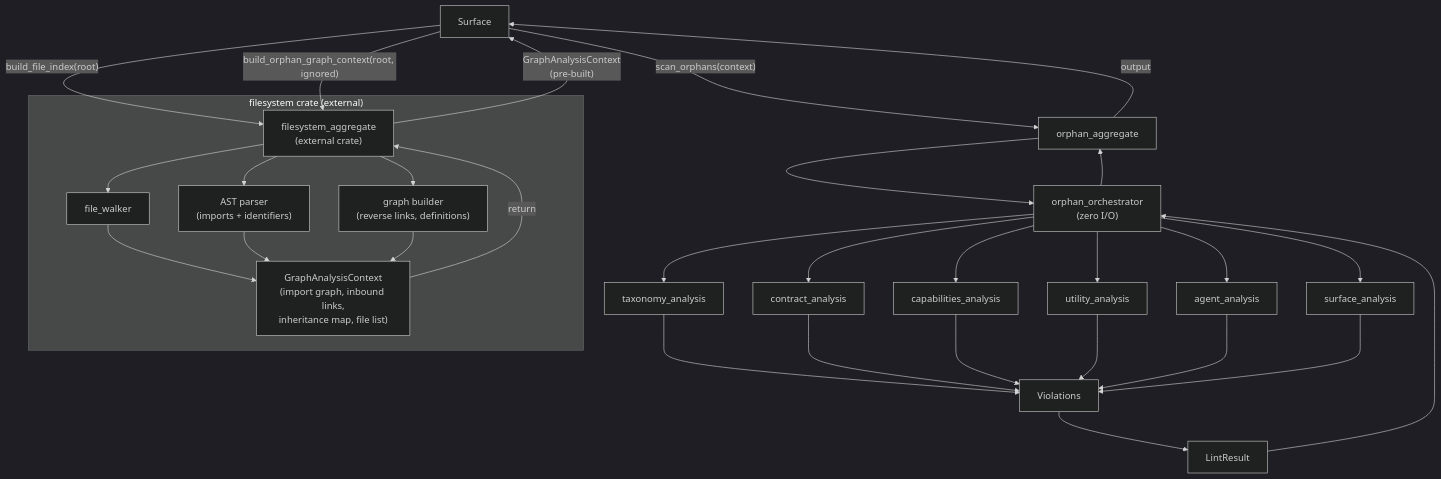
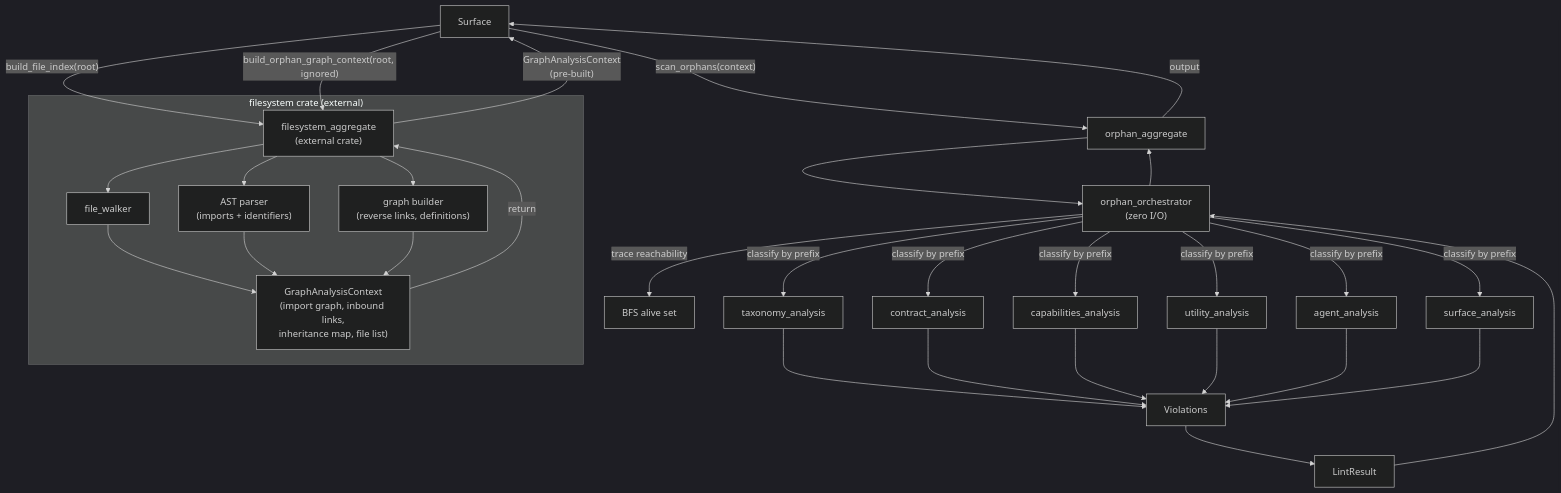
The diagram in crates/orphan-rules/FRD.md (rakaarwaky/lint-arwaky), drawn with Mermaid (dark theme) before and after one commit. The commit also changed other lines of this file and 60 other files, not shown here.

First line of the commit message:
feat(graph-loop): Implement state manager and trigger scanner for pipeline orchestration

````diff
--- a/crates/orphan-rules/FRD.md
+++ b/crates/orphan-rules/FRD.md
@@ -13,39 +15,40 @@
 ```mermaid
 flowchart TD
     A["Surface"] -->|"build_file_index(root)"| D["filesystem_aggregate\n(external crate)"]
     A -->|"build_orphan_graph_context(root, ignored)"| D
 
     subgraph FS ["filesystem crate (external)"]
         D --> E1["file_walker"]
         D --> E2["AST parser\n(imports + identifiers)"]
         D --> E3["graph builder\n(reverse links, definitions)"]
         E1 --> G1["GraphAnalysisContext\n(import graph, inbound links,\ninheritance map, file list)"]
         E2 --> G1
         E3 --> G1
     end
 
     G1 -->|"return"| D
     D -->|"GraphAnalysisContext\n(pre-built)"| A
 
     A -->|"scan_orphans(context)"| B["orphan_aggregate"]
     B --> C["orphan_orchestrator\n(zero I/O)"]
 
-    C --> H1["taxonomy_analysis"]
-    C --> H2["contract_analysis"]
-    C --> H3["capabilities_analysis"]
-    C --> H4["utility_analysis"]
-    C --> H5["agent_analysis"]
-    C --> H6["surface_analysis"]
+    C -->|"trace reachability"| BFS["BFS alive set"]
+    C -->|"classify by prefix"| H1["taxonomy_analysis"]
+    C -->|"classify by prefix"| H2["contract_analysis"]
+    C -->|"classify by prefix"| H3["capabilities_analysis"]
+    C -->|"classify by prefix"| H4["utility_analysis"]
+    C -->|"classify by prefix"| H5["agent_analysis"]
+    C -->|"classify by prefix"| H6["surface_analysis"]
 
     H1 --> I["Violations"]
     H2 --> I
     H3 --> I
     H4 --> I
     H5 --> I
     H6 --> I
     I --> J["LintResult"]
     J --> C
     C --> B
     B -->|output| A
 
 ```
````
